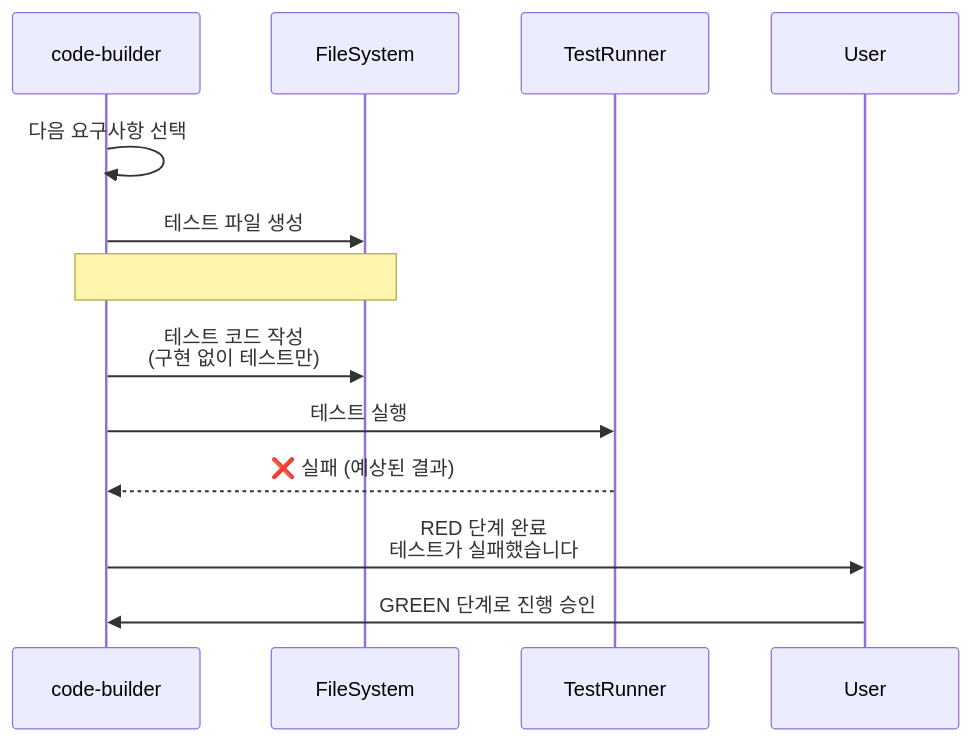
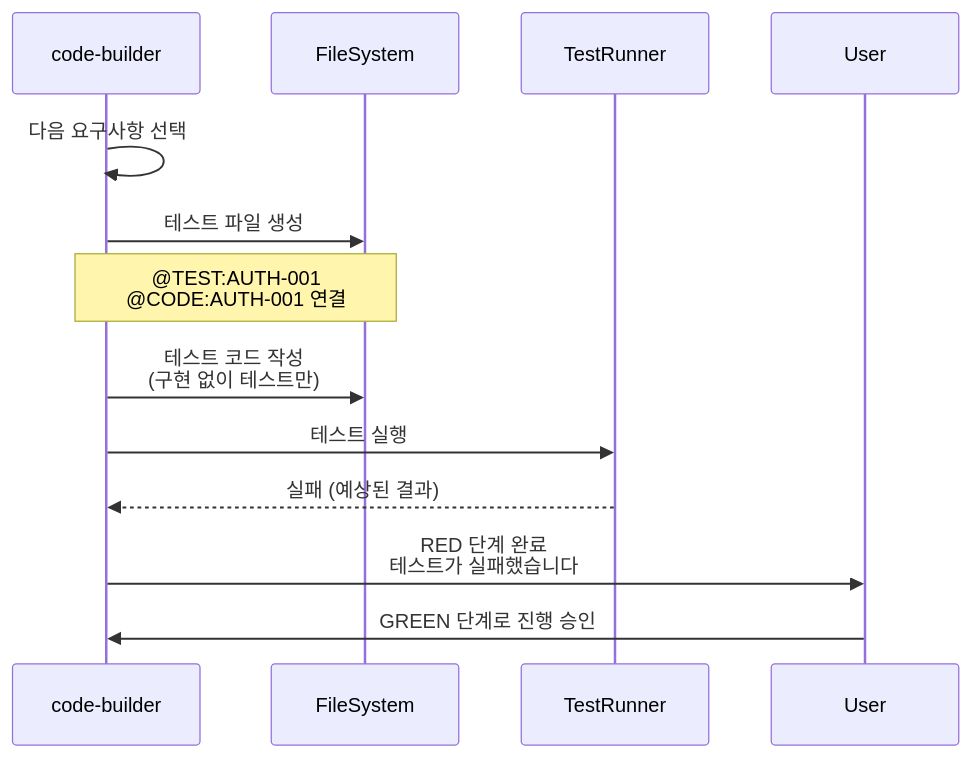
The third of 7 diagrams in docs/claude/agents/code-builder.md (modu-ai/moai-adk), drawn with Mermaid before and after one commit. The commit also changed other lines of this file and 19 other files, not shown here.

First line of the commit message:
🎨 fix: docs 전체 Mermaid 다이어그램 특수문자 오류 수정 (19개 파일)

````diff
--- a/docs/claude/agents/code-builder.md
+++ b/docs/claude/agents/code-builder.md
@@ -183,21 +183,21 @@
 ```mermaid
 sequenceDiagram
     participant CB as code-builder
     participant FS as FileSystem
     participant TestRunner
     participant User
 
     CB->>CB: 다음 요구사항 선택
     CB->>FS: 테스트 파일 생성
 
-    Note over CB,FS: # @TEST:AUTH-001<br/># @CODE:AUTH-001 -> @TEST:AUTH-001
+    Note over CB,FS: @TEST:AUTH-001<br/>@CODE:AUTH-001 연결
 
     CB->>FS: 테스트 코드 작성<br/>(구현 없이 테스트만)
 
     CB->>TestRunner: 테스트 실행
-    TestRunner-->>CB: ❌ 실패 (예상된 결과)
+    TestRunner-->>CB: 실패 (예상된 결과)
 
     CB->>User: RED 단계 완료<br/>테스트가 실패했습니다
 
     User->>CB: GREEN 단계로 진행 승인
 ```
````
